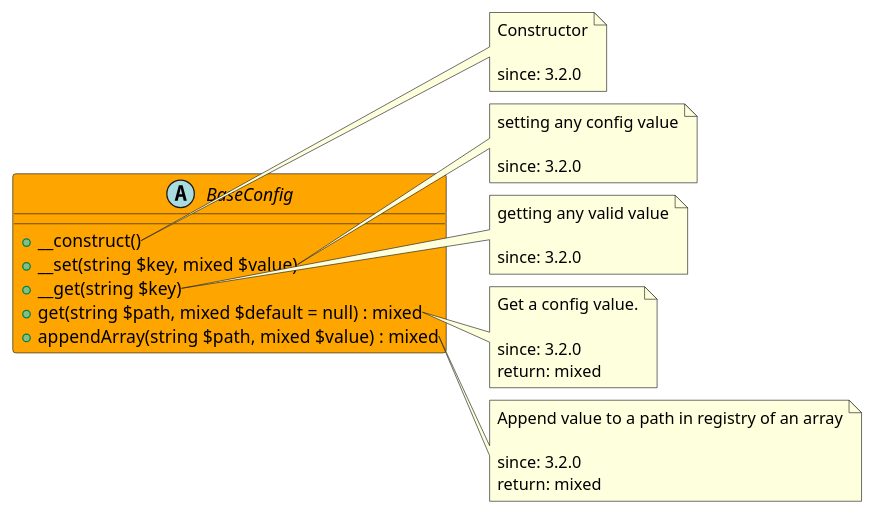
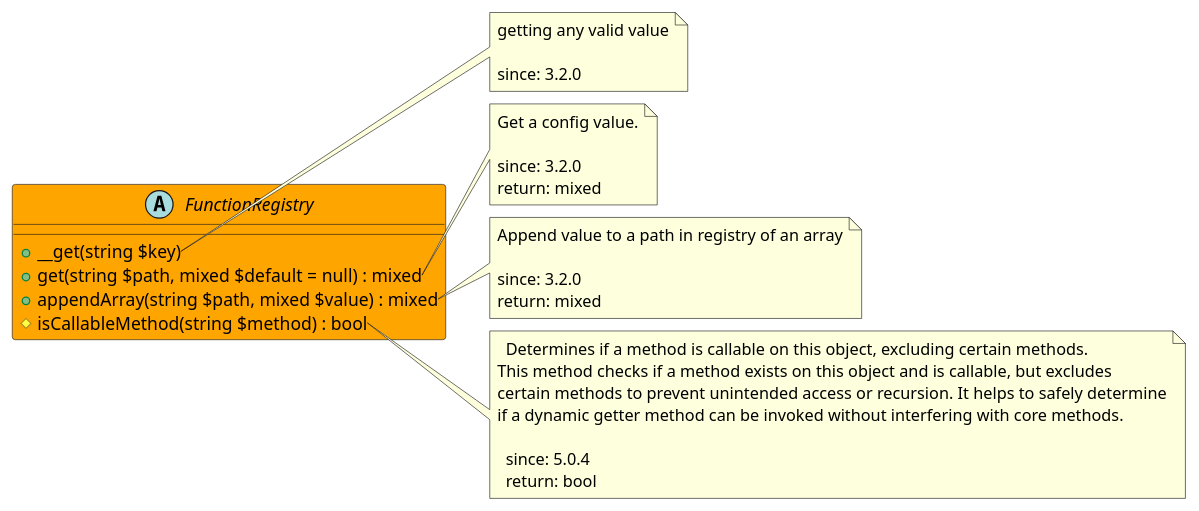
The diagram in src/ffbd4e1f-a342-4080-ab7d-1de3741bf319/README.md (joomengine/super-powers), drawn with PlantUML before and after one commit. The commit also changed other lines of this file and 53 other files, not shown here.

````diff
--- a/src/ffbd4e1f-a342-4080-ab7d-1de3741bf319/README.md
+++ b/src/ffbd4e1f-a342-4080-ab7d-1de3741bf319/README.md
@@ -13,44 +13,41 @@
 ```uml
 @startuml
-abstract BaseConfig  #Orange {
-  + __construct()
-  + __set(string $key, mixed $value)
+abstract FunctionRegistry  #Orange {
   + __get(string $key)
   + get(string $path, mixed $default = null) : mixed
   + appendArray(string $path, mixed $value) : mixed
+  # isCallableMethod(string $method) : bool
 }
 
-note right of BaseConfig::__construct
-  Constructor
-
-  since: 3.2.0
-end note
-
-note right of BaseConfig::__set
-  setting any config value
-
-  since: 3.2.0
-end note
-
-note right of BaseConfig::__get
+note right of FunctionRegistry::__get
   getting any valid value
 
   since: 3.2.0
 end note
 
-note right of BaseConfig::get
+note right of FunctionRegistry::get
   Get a config value.
 
   since: 3.2.0
   return: mixed
 end note
 
-note right of BaseConfig::appendArray
+note right of FunctionRegistry::appendArray
   Append value to a path in registry of an array
 
   since: 3.2.0
   return: mixed
 end note
+
+note right of FunctionRegistry::isCallableMethod
+  Determines if a method is callable on this object, excluding certain methods.
+This method checks if a method exists on this object and is callable, but excludes
+certain methods to prevent unintended access or recursion. It helps to safely determine
+if a dynamic getter method can be invoked without interfering with core methods.
+
+  since: 5.0.4
+  return: bool
+end note
  
 @enduml
 ```
````
